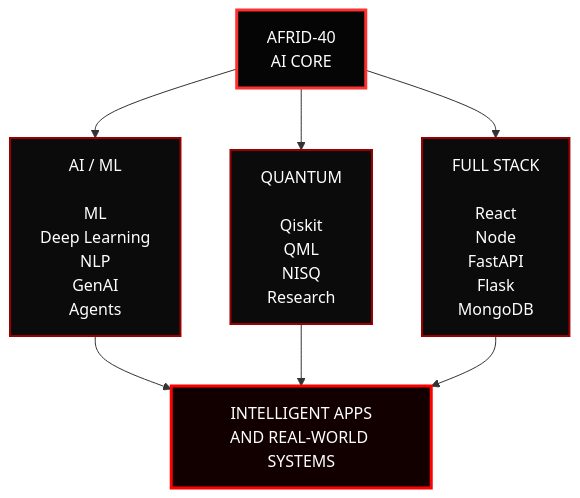
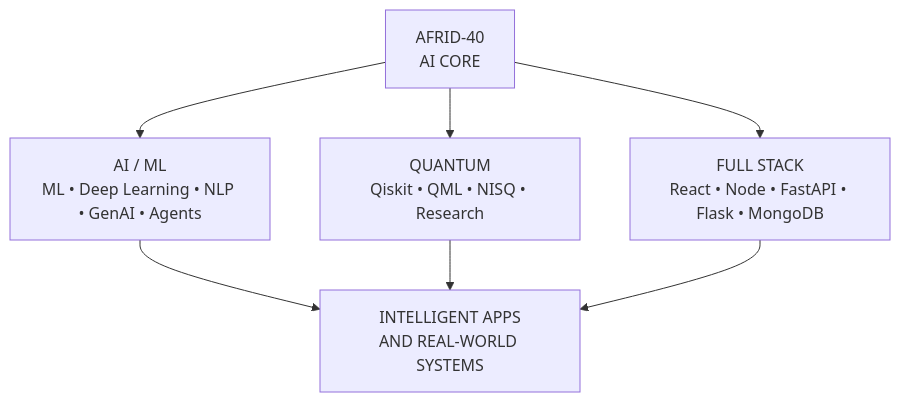
One commit to Afrid-40/Afrid-40 changed the diagram in README.md. Above: the diagram before and after it, drawn with Mermaid.

Commit message:
Refactor flowchart text formatting in README
Updated flowchart formatting in README for clarity.

````diff
--- a/README.md
+++ b/README.md
@@ -57,29 +57,21 @@
 ```mermaid
 flowchart TD
 
     CORE["AFRID-40<br/>AI CORE"]
 
-    AI["AI / ML<br/><br/>ML<br/>Deep Learning<br/>NLP<br/>GenAI<br/>Agents"]
+    AI["AI / ML<br/>ML • Deep Learning • NLP • GenAI • Agents"]
 
-    QUANTUM["QUANTUM<br/><br/>Qiskit<br/>QML<br/>NISQ<br/>Research"]
+    QUANTUM["QUANTUM<br/>Qiskit • QML • NISQ • Research"]
 
-    STACK["FULL STACK<br/><br/>React<br/>Node<br/>FastAPI<br/>Flask<br/>MongoDB"]
+    STACK["FULL STACK<br/>React • Node • FastAPI • Flask • MongoDB"]
 
     SYSTEMS["INTELLIGENT APPS<br/>AND REAL-WORLD SYSTEMS"]
 
     CORE --> AI
     CORE --> QUANTUM
     CORE --> STACK
 
     AI --> SYSTEMS
     QUANTUM --> SYSTEMS
     STACK --> SYSTEMS
-
-    classDef core fill:#050505,stroke:#ff3030,color:#ffffff,stroke-width:3px;
-    classDef domain fill:#0b0b0b,stroke:#990000,color:#ffffff,stroke-width:2px;
-    classDef output fill:#120000,stroke:#ff0000,color:#ffffff,stroke-width:3px;
-
-    class CORE core;
-    class AI,QUANTUM,STACK domain;
-    class SYSTEMS output;
 ```
````
